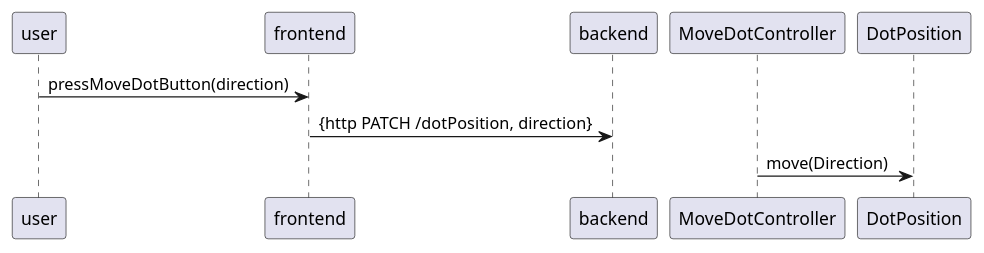
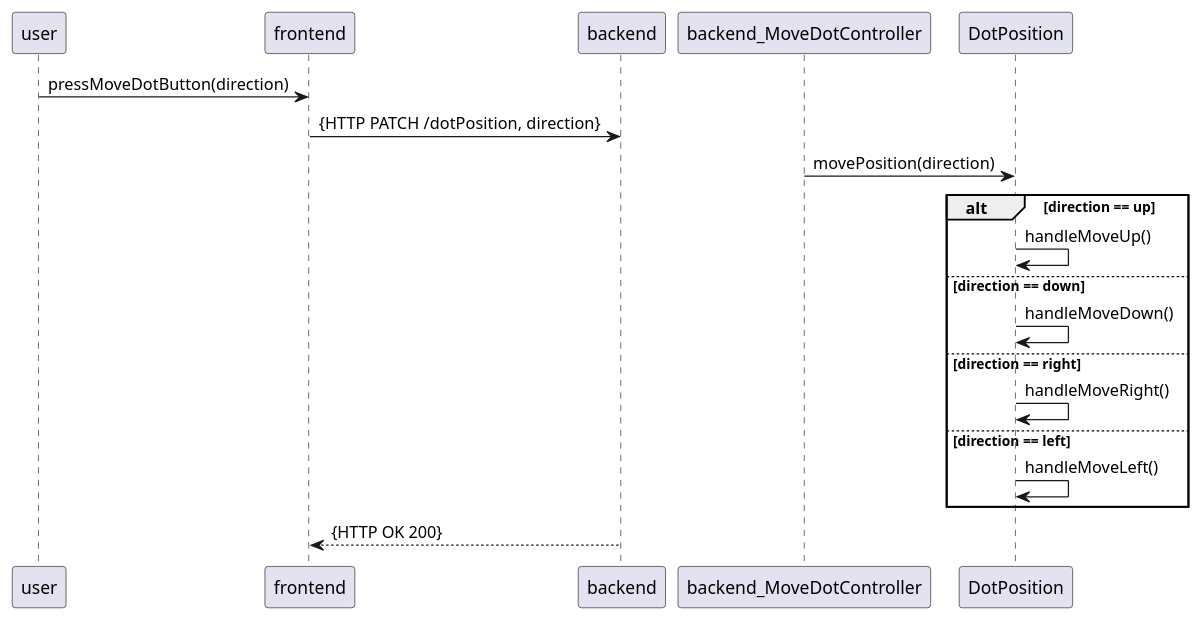
The diagram in documentation/backend/pressMoveDotButton.puml (siavashhanifi/move-dot), drawn with PlantUML before and after one commit. The commit also changed 4 other files, not shown here.

```diff
--- a/documentation/backend/pressMoveDotButton.puml
+++ b/documentation/backend/pressMoveDotButton.puml
@@ -1,8 +1,20 @@
 @startuml
 
 user -> frontend: pressMoveDotButton(direction)
-frontend -> backend: {http PATCH /dotPosition, direction}
+frontend -> backend: {HTTP PATCH /dotPosition, direction}
 
-MoveDotController -> DotPosition: move(Direction)
+backend_MoveDotController -> DotPosition: movePosition(direction)
+
+alt direction == up
+    DotPosition -> DotPosition: handleMoveUp()
+else direction == down
+    DotPosition -> DotPosition: handleMoveDown()
+else direction == right
+    DotPosition -> DotPosition: handleMoveRight()
+else direction == left
+    DotPosition -> DotPosition: handleMoveLeft()
+end
+
+frontend <-- backend: {HTTP OK 200}
 
 @enduml
```
